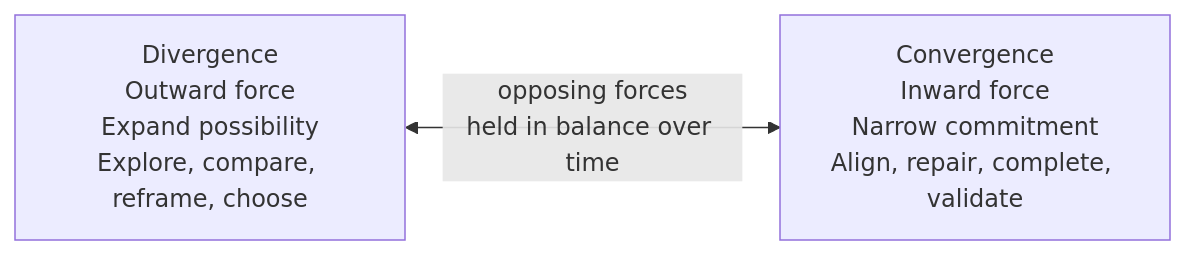
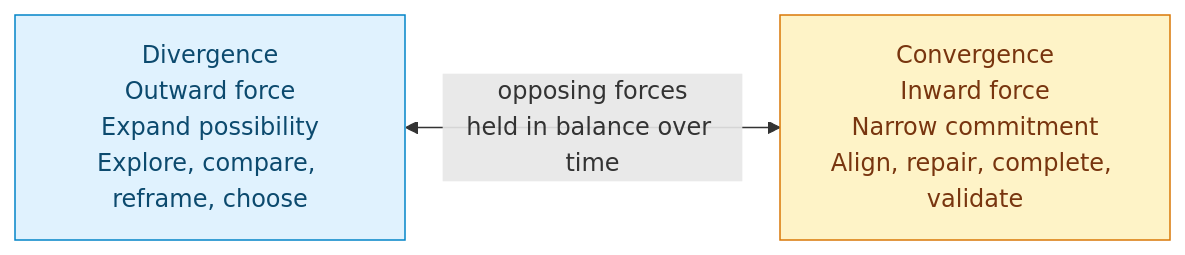
The first of 13 diagrams in README.md (pnewsam/skills), drawn with Mermaid before and after one commit. The commit also changed other lines of this file and 27 other files, not shown here.

````diff
--- a/README.md
+++ b/README.md
@@ -15,4 +50,7 @@
 ```mermaid
 flowchart LR
-    D["Divergence<br/>Outward force<br/>Expand possibility<br/>Explore, compare, reframe, choose"] <-->|"opposing forces<br/>held in balance over time"| C["Convergence<br/>Inward force<br/>Narrow commitment<br/>Align, repair, complete, validate"]
+    D["Divergence<br/>Outward force<br/>Expand possibility<br/>Explore, compare, reframe, choose"]:::divergence <-->|"opposing forces<br/>held in balance over time"| C["Convergence<br/>Inward force<br/>Narrow commitment<br/>Align, repair, complete, validate"]:::convergence
+
+    classDef divergence fill:#e0f2fe,stroke:#0284c7,color:#0c4a6e;
+    classDef convergence fill:#fef3c7,stroke:#d97706,color:#78350f;
 ```
````
